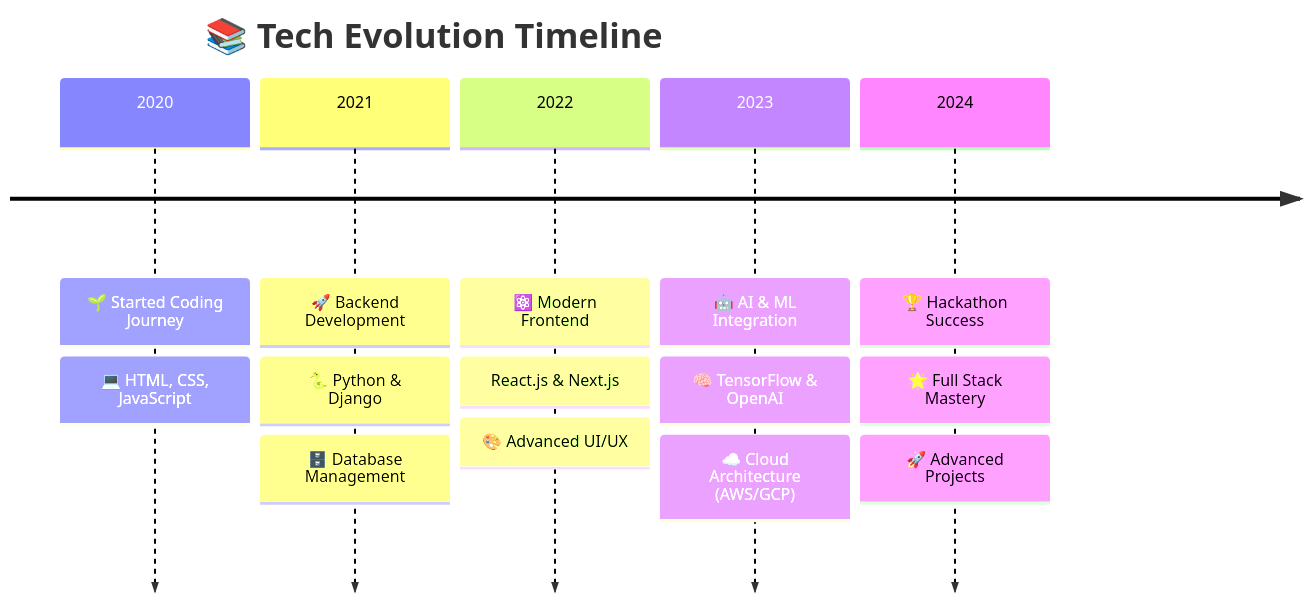
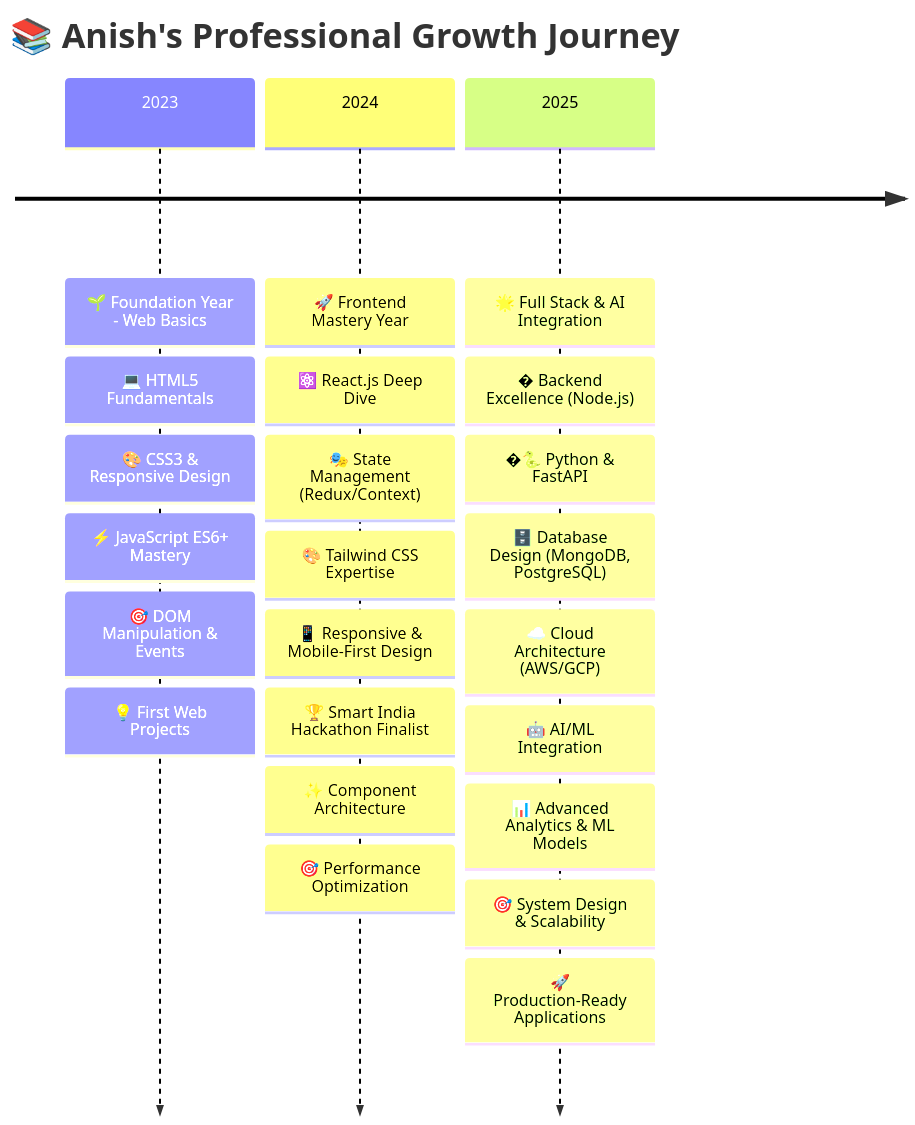
Before and after one commit to Anish-2005/Anish-2005: the first of 9 diagrams in README.md, drawn with Mermaid. The commit also changed other lines of this file, not shown here.

````diff
--- a/README.md
+++ b/README.md
@@ -159,18 +159,29 @@
 ```mermaid
 timeline
-    title 📚 Tech Evolution Timeline
-    2020 : 🌱 Started Coding Journey
-         : 💻 HTML, CSS, JavaScript
-    2021 : 🚀 Backend Development
-         : 🐍 Python & Django
-         : 🗄️ Database Management
-    2022 : ⚛️ Modern Frontend
-         : React.js & Next.js
-         : 🎨 Advanced UI/UX
-    2023 : 🤖 AI & ML Integration
-         : 🧠 TensorFlow & OpenAI
+    title 📚 Anish's Professional Growth Journey
+    2023 : 🌱 Foundation Year - Web Basics
+         : 💻 HTML5 Fundamentals
+         : 🎨 CSS3 & Responsive Design
+         : ⚡ JavaScript ES6+ Mastery
+         : 🎯 DOM Manipulation & Events
+         : 💡 First Web Projects
+    
+    2024 : 🚀 Frontend Mastery Year
+         : ⚛️ React.js Deep Dive
+         : 🎭 State Management (Redux/Context)
+         : 🎨 Tailwind CSS Expertise
+         : 📱 Responsive & Mobile-First Design
+         : 🏆 Smart India Hackathon Finalist
+         : ✨ Component Architecture
+         : 🎯 Performance Optimization
+    
+    2025 : 🌟 Full Stack & AI Integration
+         : � Backend Excellence (Node.js)
+         : �🐍 Python & FastAPI
+         : 🗄️ Database Design (MongoDB, PostgreSQL)
          : ☁️ Cloud Architecture (AWS/GCP)
-    2024 : 🏆 Hackathon Success
-         : 🌟 Full Stack Mastery
-         : 🚀 Advanced Projects
+         : 🤖 AI/ML Integration
+         : 📊 Advanced Analytics & ML Models
+         : 🎯 System Design & Scalability
+         : 🚀 Production-Ready Applications
 ```
````
